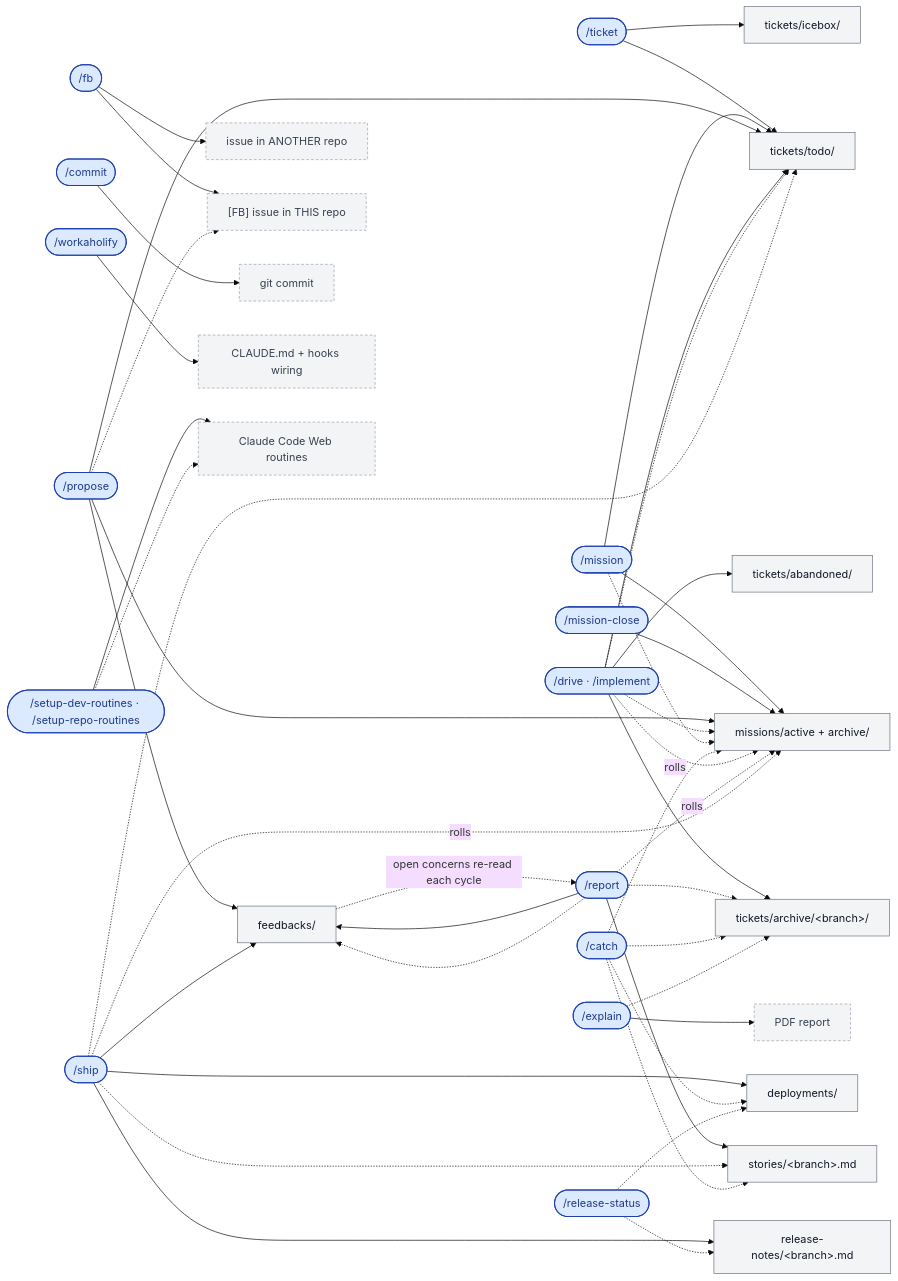
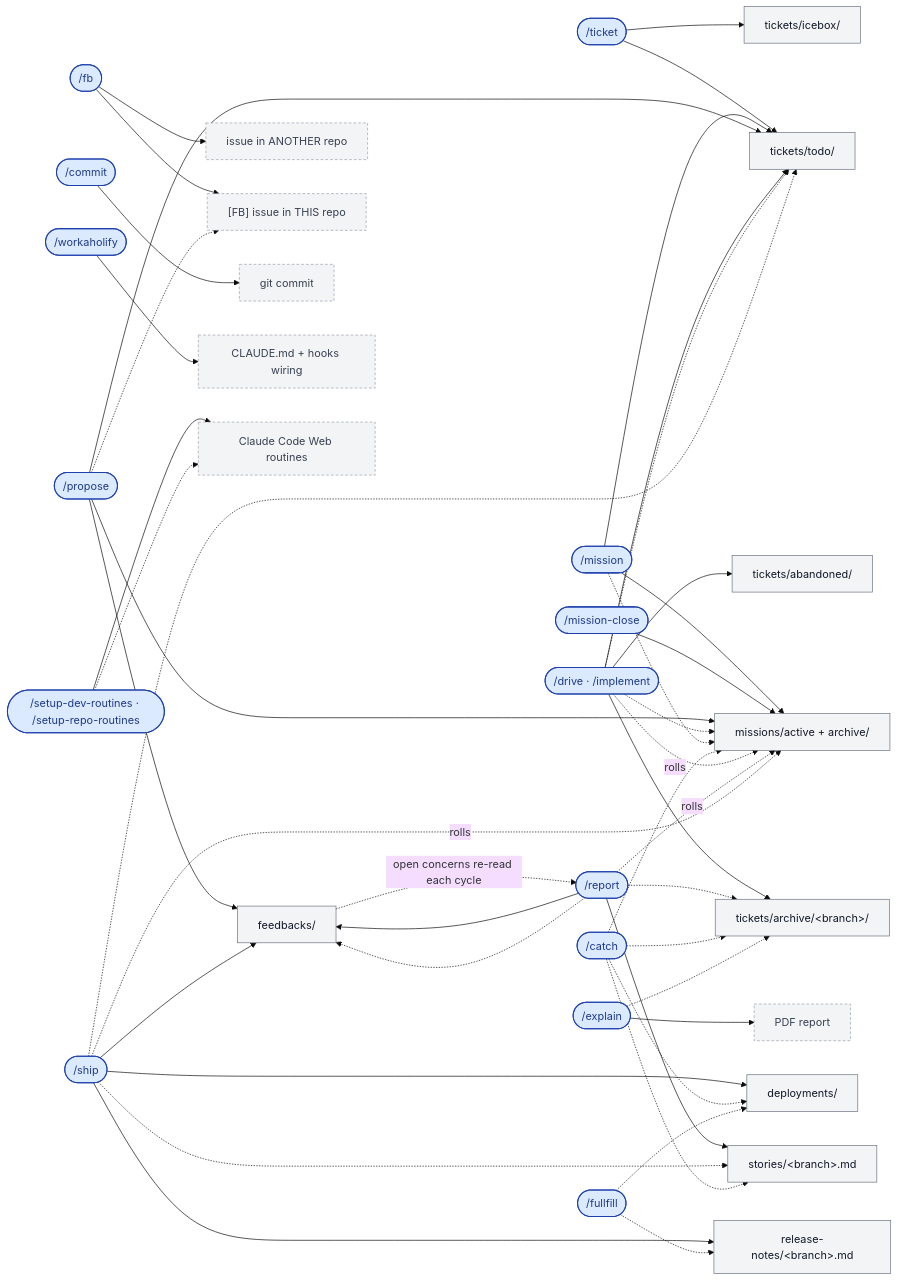
Before and after one commit to qmu/workaholic: the fourth of 5 diagrams in README.md, drawn with Mermaid (base theme). The commit also changed other lines of this file and 11 other files, not shown here.

First line of the commit message:
Rename release-status to fullfill

```diff
--- a/README.md
+++ b/README.md
@@ -316,7 +316,7 @@
   explain(["/explain"])
   workaholify(["/workaholify"])
   setuproutines(["/setup-dev-routines · /setup-repo-routines"])
-  releasestatus(["/release-status"])
+  releasestatus(["/fullfill"])
 
   %% ---------- artifacts under .workaholic/ (grey) ----------
   TODO["tickets/todo/"]
```
